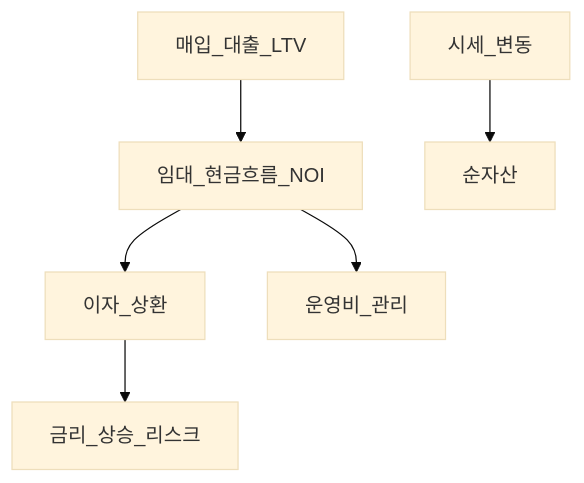
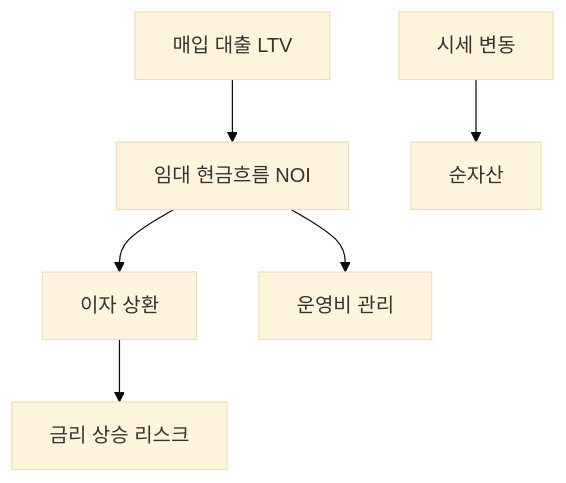
The first of 4 diagrams in 07-real-estate/real-estate-basics.md (goldanghenry/Finances), drawn with Mermaid (base theme) before and after one commit. The commit also changed other lines of this file and 211 other files, not shown here.

````diff
--- a/07-real-estate/real-estate-basics.md
+++ b/07-real-estate/real-estate-basics.md
@@ -79,8 +98,8 @@
 ```mermaid
 flowchart TD
-  Buy[매입_대출_LTV] --> CF[임대_현금흐름_NOI]
-  CF --> Service[이자_상환]
-  CF --> Opex[운영비_관리]
-  Price[시세_변동] --> Equity[순자산]
-  Service --> Risk[금리_상승_리스크]
+  Buy["매입 대출 LTV"] --> CF["임대 현금흐름 NOI"]
+  CF --> Service["이자 상환"]
+  CF --> Opex["운영비 관리"]
+  Price["시세 변동"] --> Equity[순자산]
+  Service --> Risk["금리 상승 리스크"]
 ```
````
